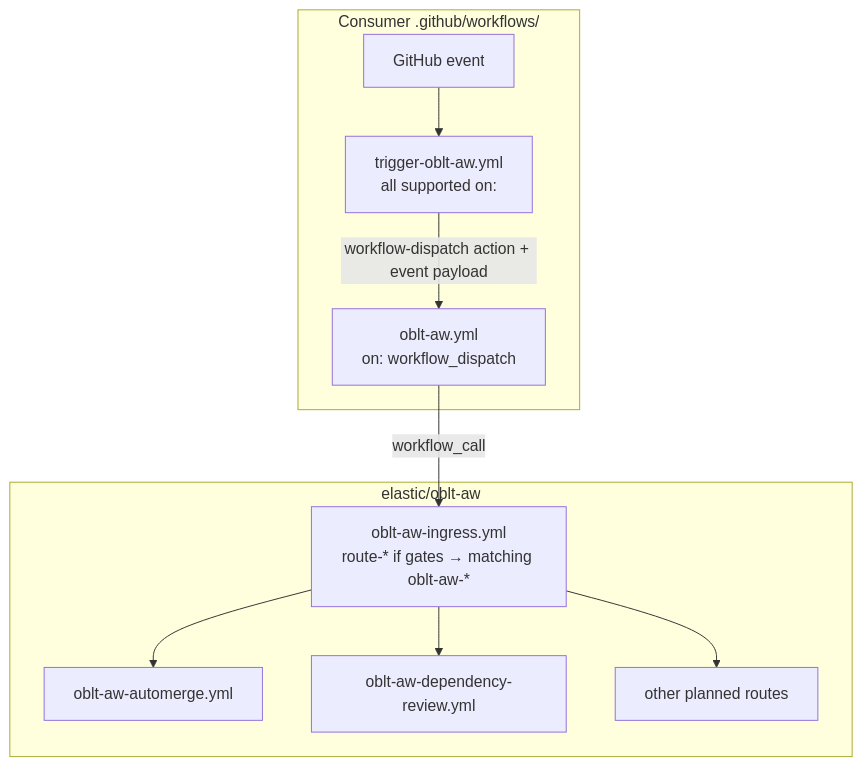
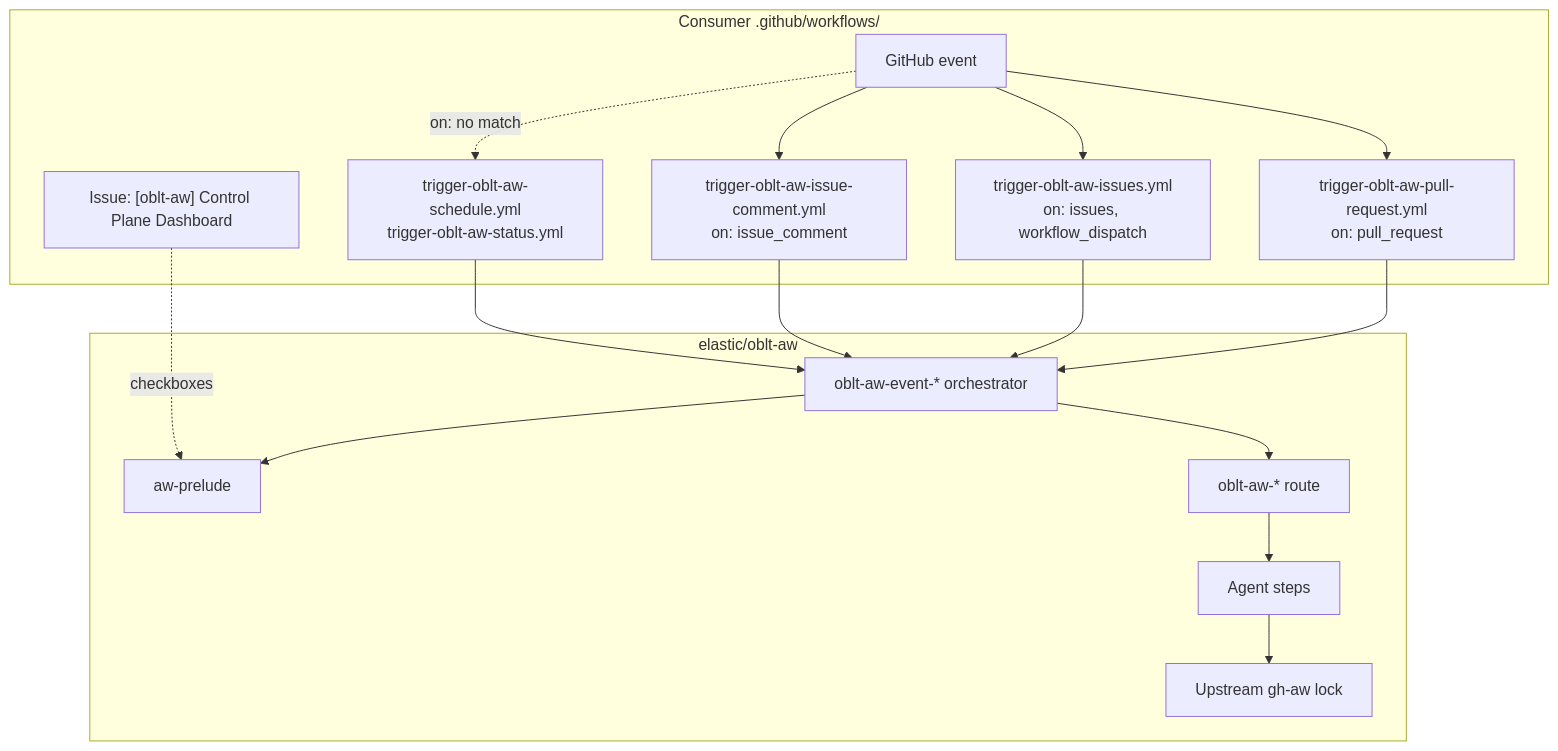
Before and after one commit to elastic/oblt-aw: the diagram in docs/workflows/oblt-aw-client-template.md, drawn with Mermaid. The commit also changed other lines of this file and 115 other files, not shown here.

First line of the commit message:
feat(oblt-aw,docs-aw): replace ingress routing with event orchestrators

````diff
--- a/docs/workflows/oblt-aw-client-template.md
+++ b/docs/workflows/oblt-aw-client-template.md
@@ -18,18 +19,32 @@
 ```mermaid
 flowchart TB
   subgraph Consumer["Consumer .github/workflows/"]
     EVT["GitHub event"]
-    TRG["trigger-oblt-aw.yml\nall supported on:"]
-    AW["oblt-aw.yml\non: workflow_dispatch"]
-    EVT --> TRG
-    TRG -->|"workflow-dispatch action + event payload"| AW
+    C_PR["trigger-oblt-aw-pull-request.yml\non: pull_request"]
+    C_ISS["trigger-oblt-aw-issues.yml\non: issues, workflow_dispatch"]
+    C_COM["trigger-oblt-aw-issue-comment.yml\non: issue_comment"]
+    C_SCH["trigger-oblt-aw-schedule.yml\ntrigger-oblt-aw-status.yml"]
+    DASH["Issue: [oblt-aw] Control Plane Dashboard"]
+    EVT --> C_PR
+    EVT --> C_ISS
+    EVT --> C_COM
+    EVT -.->|on: no match| C_SCH
   end
 
   subgraph OBLT["elastic/oblt-aw"]
-    ING["oblt-aw-ingress.yml\nroute-* if gates → matching oblt-aw-*"]
-    AW -->|workflow_call| ING
-    ING --> R1["oblt-aw-automerge.yml"]
-    ING --> R2["oblt-aw-dependency-review.yml"]
-    ING --> R3["other planned routes"]
+    ORCH["oblt-aw-event-* orchestrator"]
+    CTX["aw-prelude"]
+    R["oblt-aw-* route"]
+    AG["Agent steps"]
+    LOCK["Upstream gh-aw lock"]
+    ORCH --> CTX
+    ORCH --> R
+    R --> AG --> LOCK
   end
+
+  DASH -.->|checkboxes| CTX
+  C_PR --> ORCH
+  C_ISS --> ORCH
+  C_COM --> ORCH
+  C_SCH --> ORCH
 ```
````
